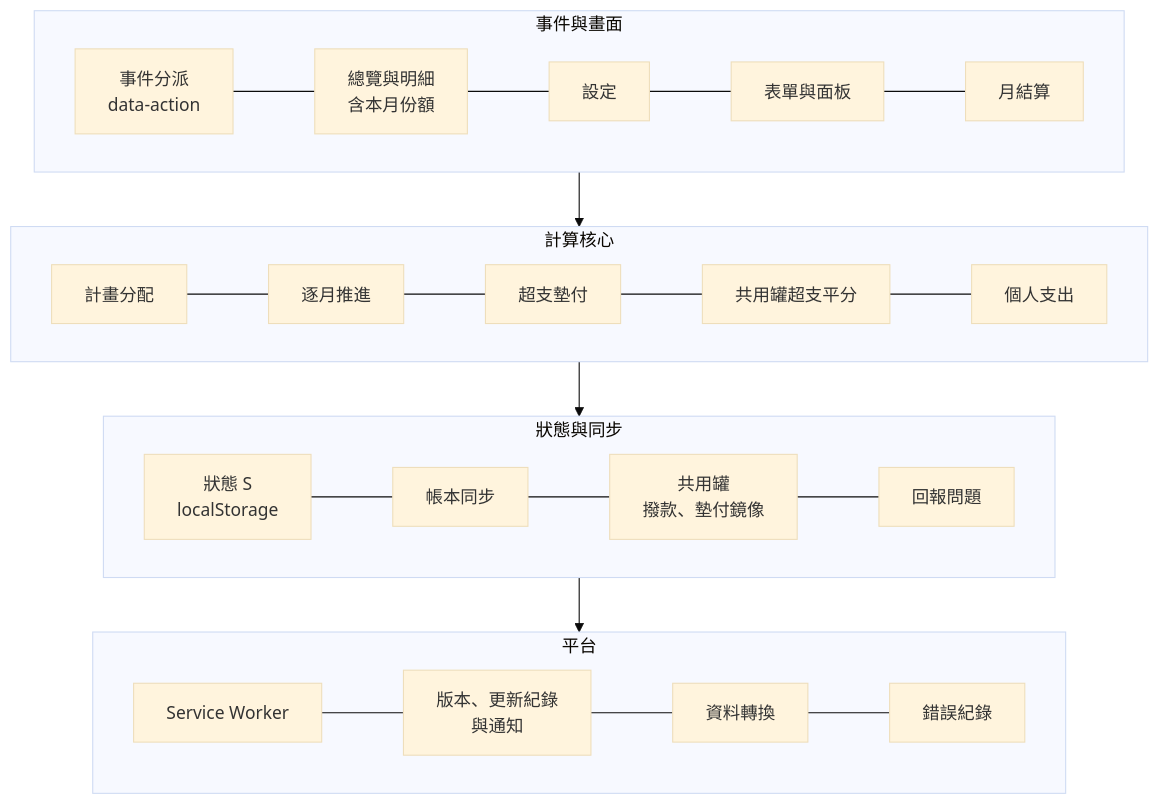
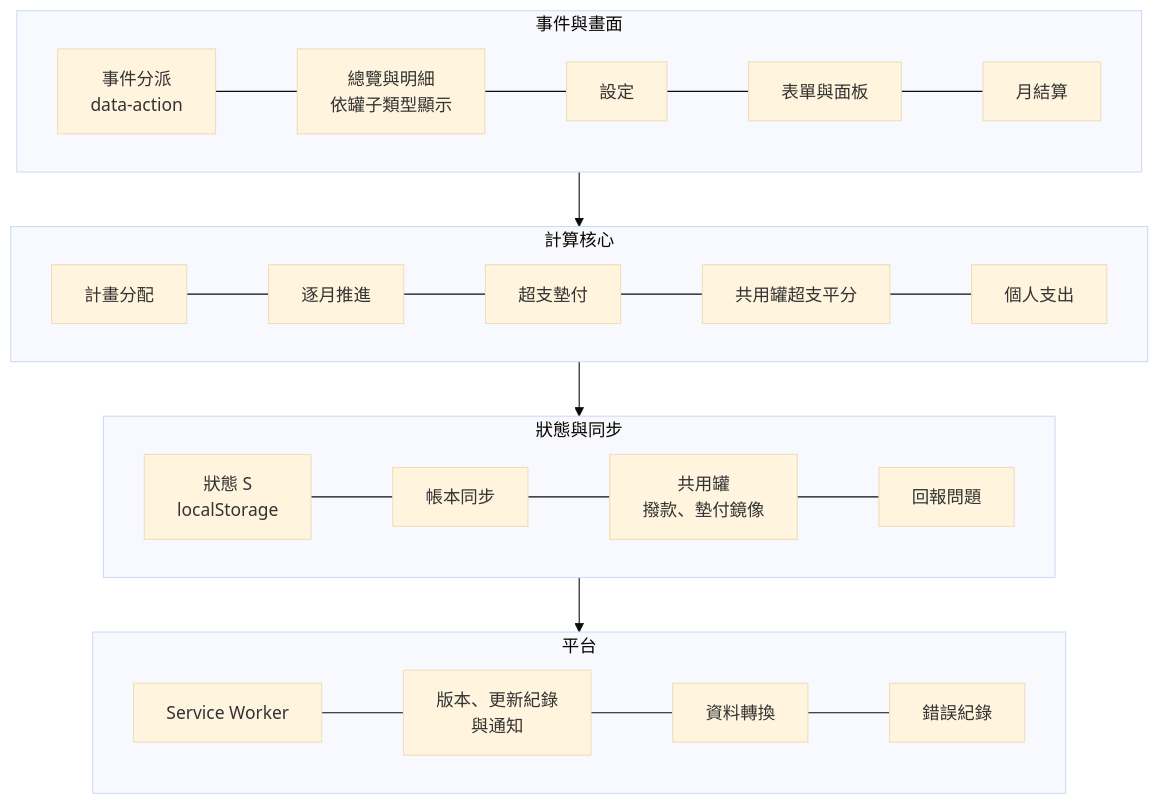
Before and after one commit to stty0219/Bottle-keeping: the second of 4 diagrams in docs/architecture.md, drawn with Mermaid (base theme). The commit also changed other lines of this file and 14 other files, not shown here.

````diff
--- a/docs/architecture.md
+++ b/docs/architecture.md
@@ -57,16 +57,16 @@
 ```mermaid
 flowchart TB
   subgraph L1[事件與畫面]
-    E[事件分派<br/>data-action] --- V[總覽與明細<br/>含本月份額] --- ST[設定] --- F[表單與面板] --- SUM[月結算]
+    E[事件分派<br/>data-action] --- V[總覽與明細<br/>依罐子類型顯示] --- ST[設定] --- F[表單與面板] --- SUM[月結算]
   end
   subgraph L2[計算核心]
     P[計畫分配] --- M[逐月推進] --- C[超支墊付] --- JO[共用罐超支平分] --- SP[個人支出]
   end
   subgraph L3[狀態與同步]
     STATE[狀態 S<br/>localStorage] --- LS[帳本同步] --- J[共用罐<br/>撥款、墊付鏡像] --- RPT[回報問題]
   end
   subgraph L4[平台]
     SWK[Service Worker] --- VER[版本、更新紀錄<br/>與通知] --- MIG[資料轉換] --- ERR[錯誤紀錄]
   end
   L1 --> L2 --> L3 --> L4
 ```
````
